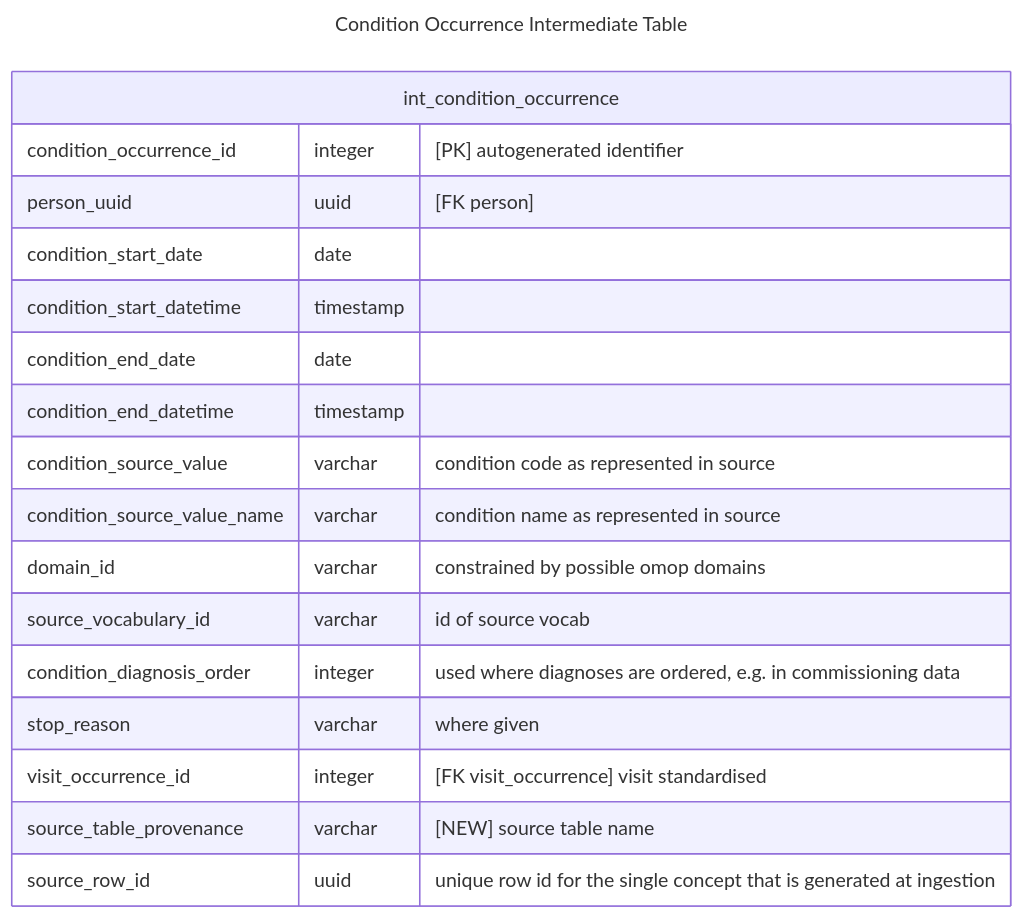
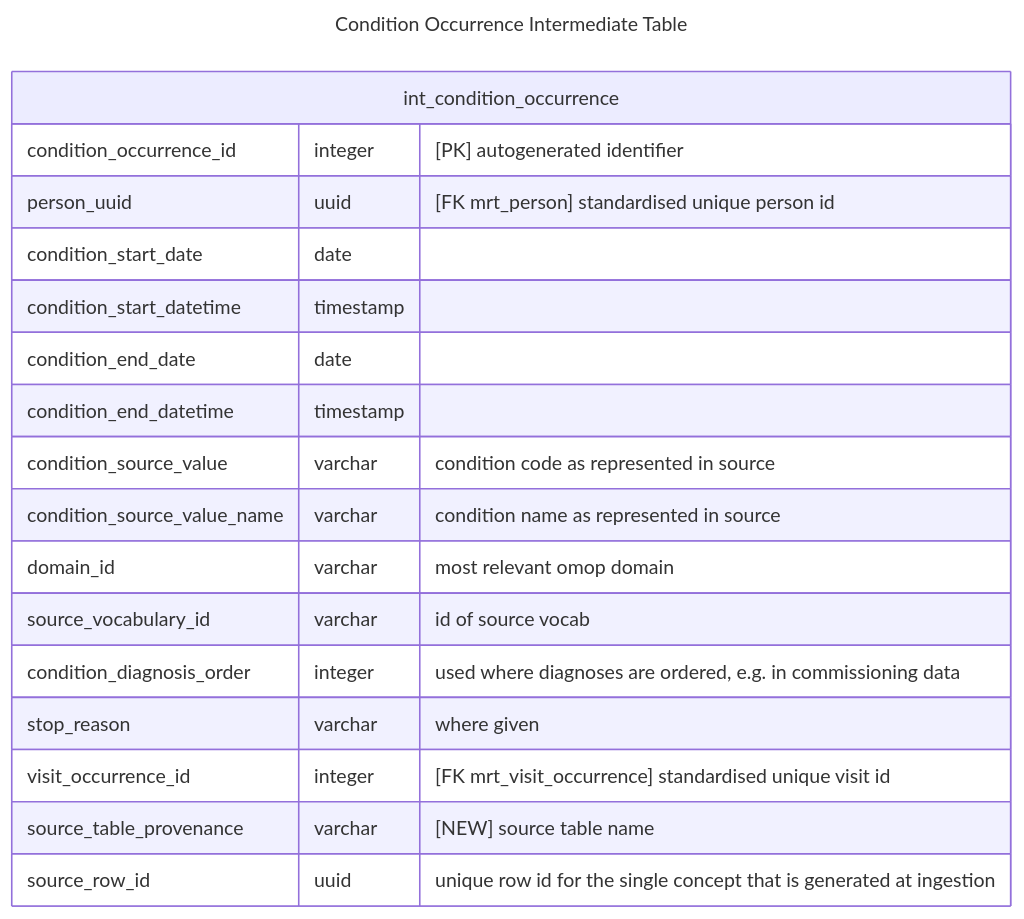
Before and after one commit to d3london/sde_aic_external_docs: the first of 3 diagrams in src/pages/data_model/cdm_condition_occurrence.qmd, drawn with Mermaid. The commit also changed other lines of this file and 1 other file, not shown here.

````diff
--- a/src/pages/data_model/cdm_condition_occurrence.qmd
+++ b/src/pages/data_model/cdm_condition_occurrence.qmd
@@ -26,23 +28,23 @@
 ```{mermaid}
 ---
 title: Condition Occurrence Intermediate Table
 ---
 erDiagram
     int_condition_occurrence {
         condition_occurrence_id integer "[PK] autogenerated identifier"
-        person_uuid uuid "[FK person]"
+        person_uuid uuid "[FK mrt_person] standardised unique person id"
         condition_start_date date
         condition_start_datetime timestamp
         condition_end_date date
         condition_end_datetime timestamp        
         condition_source_value varchar "condition code as represented in source"
         condition_source_value_name varchar "condition name as represented in source"
-        domain_id varchar "constrained by possible omop domains"
+        domain_id varchar "most relevant omop domain"
         source_vocabulary_id varchar "id of source vocab"
         condition_diagnosis_order integer "used where diagnoses are ordered, e.g. in commissioning data"
         stop_reason varchar "where given"
-        visit_occurrence_id integer "[FK visit_occurrence] visit standardised"
+        visit_occurrence_id integer "[FK mrt_visit_occurrence] standardised unique visit id"
         source_table_provenance varchar "[NEW] source table name"
         source_row_id uuid "unique row id for the single concept that is generated at ingestion"
     }
 ```
````
